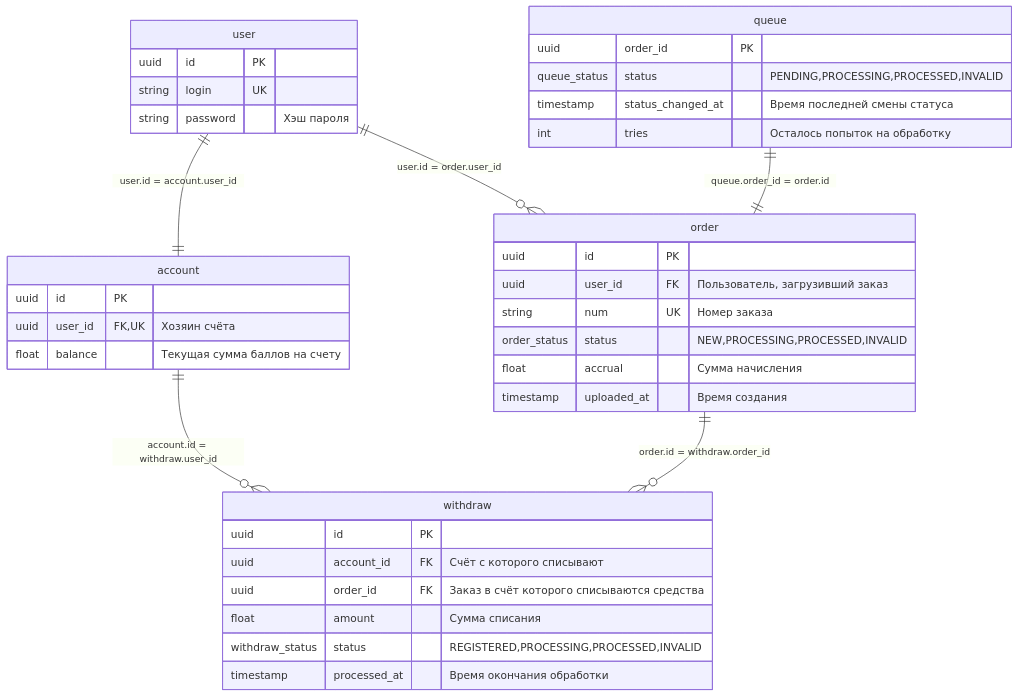
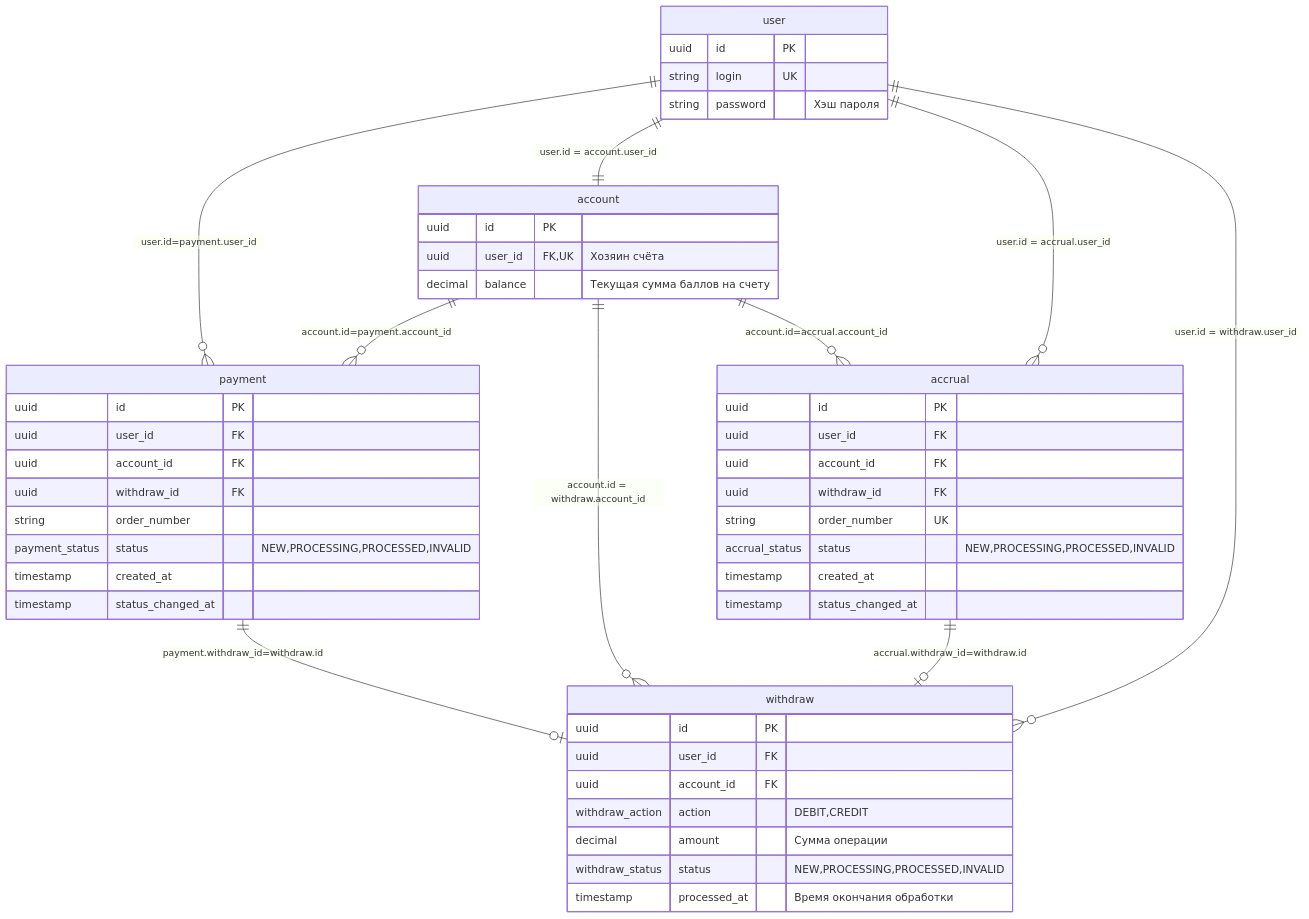
One commit to kosalnik/gmarket changed the first of 8 diagrams in README.md. Above: the diagram before and after it, drawn with Mermaid. The commit also changed other lines of this file, not shown here.

````diff
--- a/README.md
+++ b/README.md
@@ -5,46 +36,57 @@
 ```mermaid
 erDiagram
+user ||--o{ payment : "user.id=payment.user_id"
+account ||--o{ payment : "account.id=payment.account_id"
 user ||--|| account : "user.id = account.user_id"
-user ||--o{ order : "user.id = order.user_id"
-account ||--o{ withdraw : "account.id = withdraw.user_id"
-order ||--o{ withdraw : "order.id = withdraw.order_id"
-queue ||--|| order : "queue.order_id = order.id"
+account ||--o{ withdraw : "account.id = withdraw.account_id"
+user ||--o{ accrual : "user.id = accrual.user_id"
+account ||--o{ accrual : "account.id=accrual.account_id"
+accrual ||--|o withdraw : "accrual.withdraw_id=withdraw.id"
+payment ||--|o withdraw : "payment.withdraw_id=withdraw.id"
+user ||--o{ withdraw : "user.id = withdraw.user_id"
+
 
 user {
   uuid id PK
   string login UK
   string password "Хэш пароля"
 }
 
 account {
   uuid id PK
   uuid user_id FK,UK "Хозяин счёта"
-  float balance "Текущая сумма баллов на счету"
+  decimal balance "Текущая сумма баллов на счету"
 }
 
-order {
-   uuid id PK
-   uuid user_id FK "Пользователь, загрузивший заказ"
-   string num UK "Номер заказа"
-   order_status status "NEW,PROCESSING,PROCESSED,INVALID"
-   float accrual "Сумма начисления"
-   timestamp uploaded_at "Время создания"
+accrual {
+  uuid id PK
+  uuid user_id FK
+  uuid account_id FK
+  uuid withdraw_id FK
+  string order_number UK
+  accrual_status status "NEW,PROCESSING,PROCESSED,INVALID"
+  timestamp created_at
+  timestamp status_changed_at
+}
+
+payment {
+  uuid id PK
+  uuid user_id FK
+  uuid account_id FK
+  uuid withdraw_id FK
+  string order_number 
+  payment_status status "NEW,PROCESSING,PROCESSED,INVALID"
+  timestamp created_at
+  timestamp status_changed_at
 }
 
 withdraw {
-   uuid id PK
-   uuid account_id FK "Счёт с которого списывают"
-   uuid order_id FK "Заказ в счёт которого списываются средства"
-%%   withdraw_direction withdraw_direction "DEBIT,CREDIT"
-   float amount "Сумма списания"
-   withdraw_status status "REGISTERED,PROCESSING,PROCESSED,INVALID"
-   timestamp processed_at "Время окончания обработки"
-}
-
-queue {
-    uuid order_id PK
-    queue_status status "PENDING,PROCESSING,PROCESSED,INVALID"
-    timestamp status_changed_at "Время последней смены статуса"
-    int tries "Осталось попыток на обработку"
+  uuid id PK
+  uuid user_id FK ""
+  uuid account_id FK ""
+  withdraw_action action "DEBIT,CREDIT"
+  decimal amount "Сумма операции"
+  withdraw_status status "NEW,PROCESSING,PROCESSED,INVALID"
+  timestamp processed_at "Время окончания обработки"
 }
 ```
````
